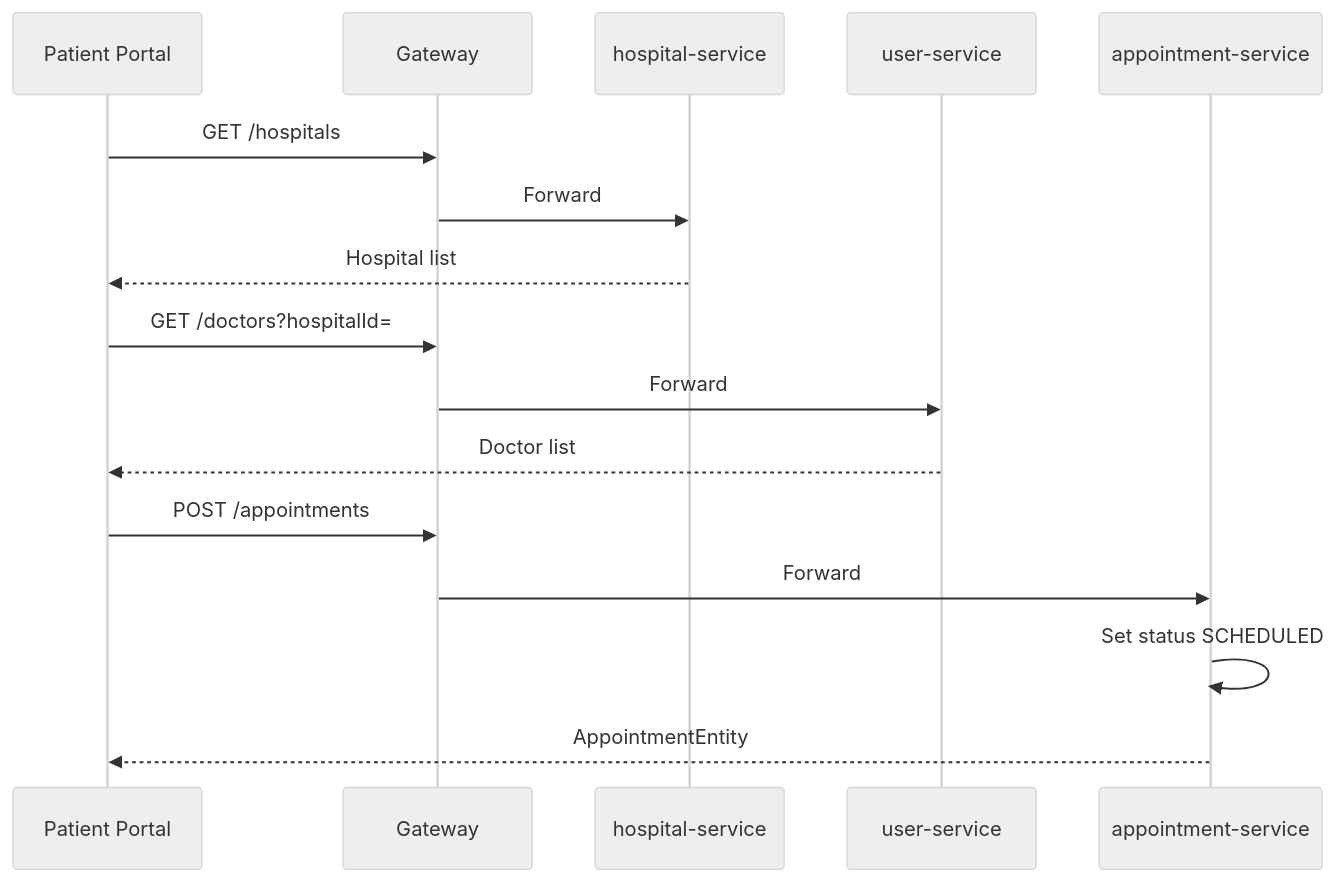
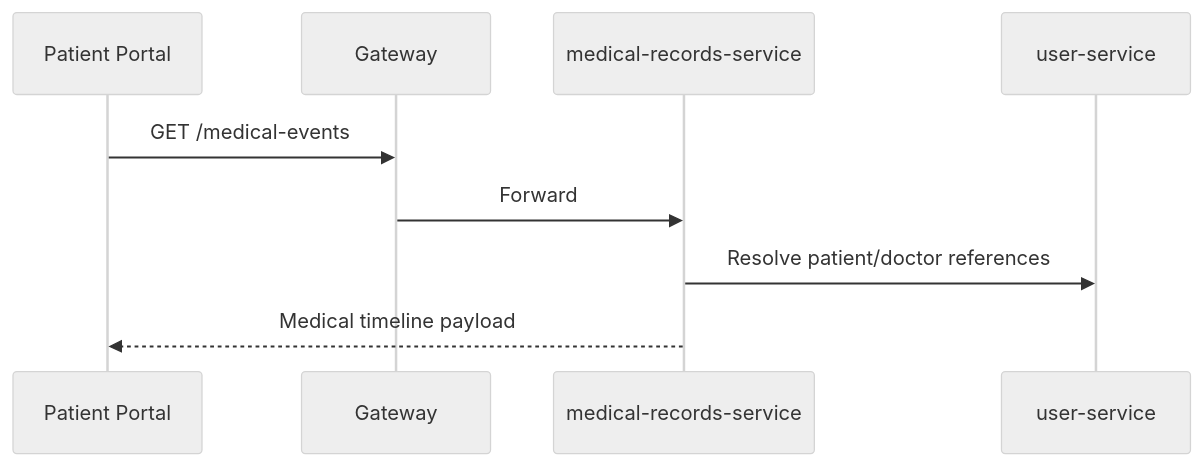
One commit to Nathnael-T/Tenalink changed the fourth of 5 diagrams in docs/02-architecture.md. Above: the diagram before and after it, drawn with Mermaid (neutral theme). The commit also changed other lines of this file and 81 other files, not shown here.

````diff
--- a/docs/02-architecture.md
+++ b/docs/02-architecture.md
@@ -124,21 +120,12 @@
 ```mermaid
 sequenceDiagram
   participant P as Patient Portal
   participant G as Gateway
-  participant H as hospital-service
-  participant D as user-service
-  participant A as appointment-service
+  participant M as medical-records-service
+  participant U as user-service
 
-  P->>G: GET /hospitals
-  G->>H: Forward
-  H-->>P: Hospital list
-
-  P->>G: GET /doctors?hospitalId=
-  G->>D: Forward
-  D-->>P: Doctor list
-
-  P->>G: POST /appointments
-  G->>A: Forward
-  A->>A: Set status SCHEDULED
-  A-->>P: AppointmentEntity
+  P->>G: GET /medical-events
+  G->>M: Forward
+  M->>U: Resolve patient/doctor references
+  M-->>P: Medical timeline payload
 ```
````
